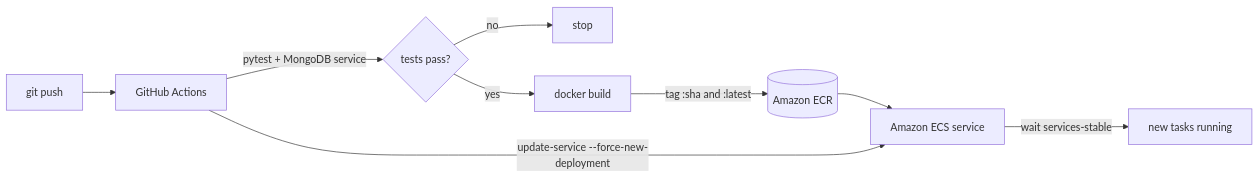
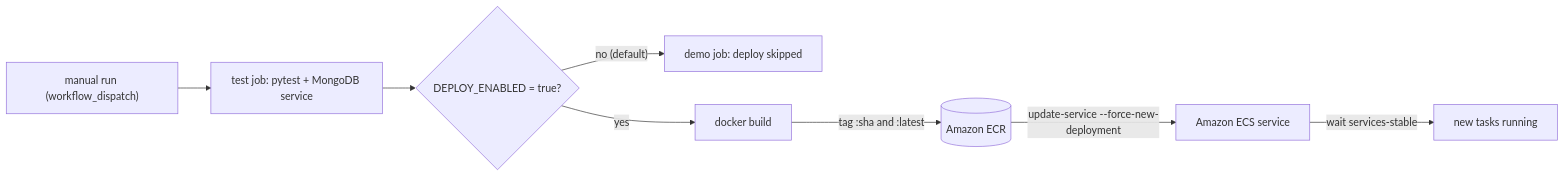
Before and after one commit to Sagargupta16/DevOps-AWS-FARM: the second of 2 diagrams in README.md, drawn with Mermaid. The commit also changed other lines of this file, not shown here.

Commit message:
docs: show the aws pipeline as manual dispatch gated by DEPLOY_ENABLED

````diff
--- a/README.md
+++ b/README.md
@@ -84,11 +84,10 @@
 ```mermaid
 flowchart LR
-    dev["git push"] --> gha["GitHub Actions"]
-    gha -->|"pytest + MongoDB service"| gate{"tests pass?"}
-    gate -->|"no"| stop["stop"]
-    gate -->|"yes"| build["docker build"]
+    dev["manual run (workflow_dispatch)"] --> test["test job: pytest + MongoDB service"]
+    test --> flag{"DEPLOY_ENABLED = true?"}
+    flag -->|"no (default)"| demo["demo job: deploy skipped"]
+    flag -->|"yes"| build["docker build"]
     build -->|"tag :sha and :latest"| ecr[("Amazon ECR")]
-    ecr --> ecs["Amazon ECS service"]
-    gha -->|"update-service --force-new-deployment"| ecs
+    ecr -->|"update-service --force-new-deployment"| ecs["Amazon ECS service"]
     ecs -->|"wait services-stable"| live["new tasks running"]
 ```
````
